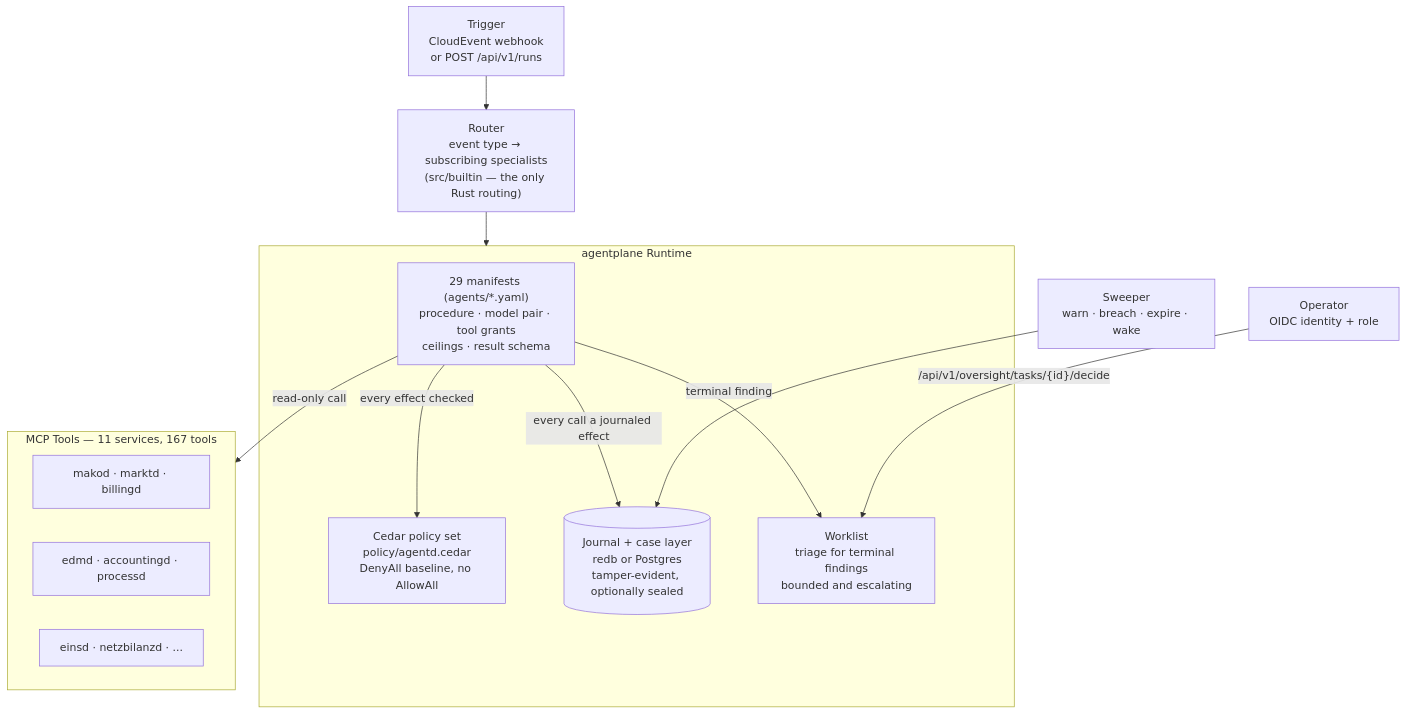
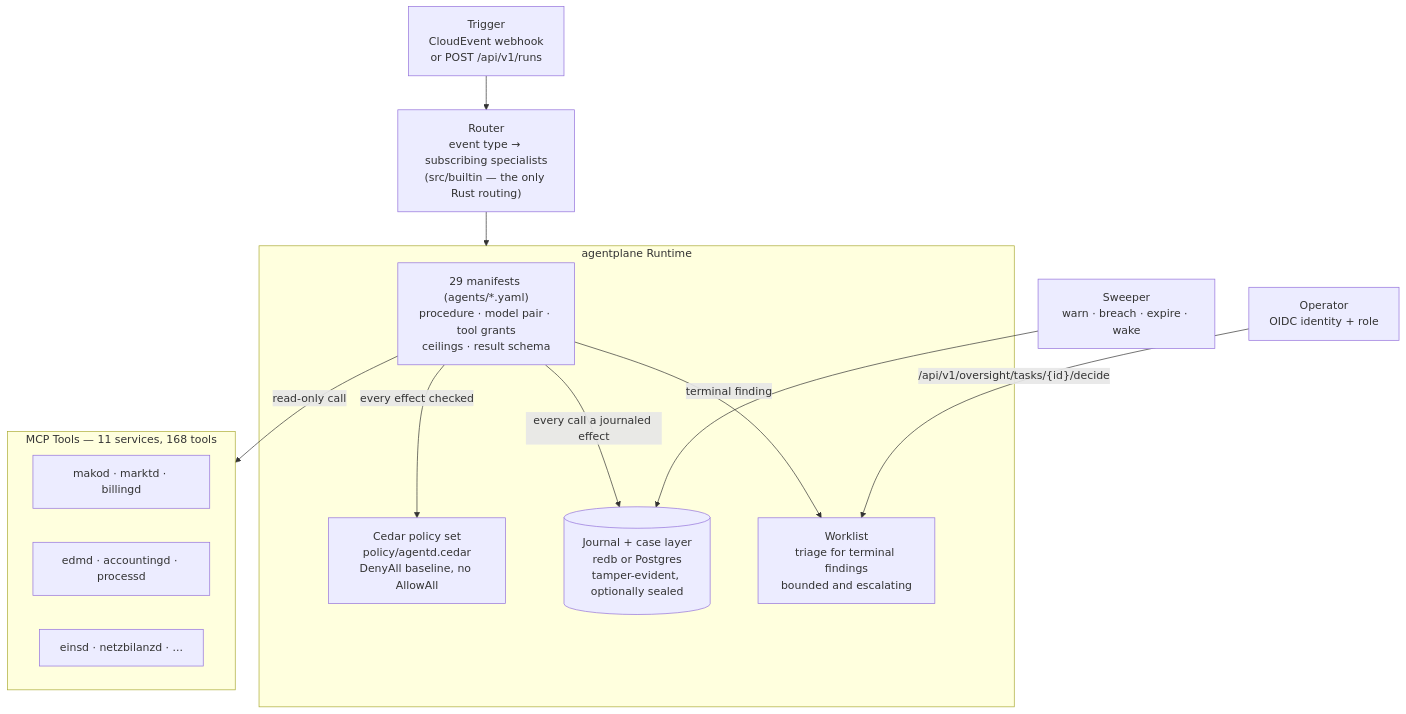
Before and after one commit to hupe1980/mako: the first of 4 diagrams in site/content/docs/services/agentd.md, drawn with Mermaid. The commit also changed 89 other files, not shown here.

````diff
--- a/site/content/docs/services/agentd.md
+++ b/site/content/docs/services/agentd.md
@@ -418,29 +418,29 @@
 ```mermaid
 graph TB
     TRIGGER["Trigger<br/>CloudEvent webhook<br/>or POST /api/v1/runs"]
     ROUTER["Router<br/>event type → subscribing specialists<br/>(src/builtin — the only Rust routing)"]
 
     subgraph plane ["agentplane Runtime"]
         MANIFEST["29 manifests (agents/*.yaml)<br/>procedure · model pair · tool grants<br/>ceilings · result schema"]
         POLICY["Cedar policy set<br/>policy/agentd.cedar<br/>DenyAll baseline, no AllowAll"]
         JOURNAL[("Journal + case layer<br/>redb or Postgres<br/>tamper-evident, optionally sealed")]
         OVERSIGHT["Worklist<br/>triage for terminal findings<br/>bounded and escalating"]
     end
 
-    subgraph tools ["MCP Tools — 11 services, 167 tools"]
+    subgraph tools ["MCP Tools — 11 services, 168 tools"]
         T1["makod · marktd · billingd"]
         T2["edmd · accountingd · processd"]
         T3["einsd · netzbilanzd · ..."]
     end
 
     HUMAN["Operator<br/>OIDC identity + role"]
     SWEEP["Sweeper<br/>warn · breach · expire · wake"]
 
     TRIGGER --> ROUTER --> plane
     MANIFEST -->|"every effect checked"| POLICY
     MANIFEST -->|"every call a journaled effect"| JOURNAL
     MANIFEST -->|"terminal finding"| OVERSIGHT
     HUMAN -->|"/api/v1/oversight/tasks/{id}/decide"| OVERSIGHT
     SWEEP --> JOURNAL
     MANIFEST -->|"read-only call"| tools
 ```
````
